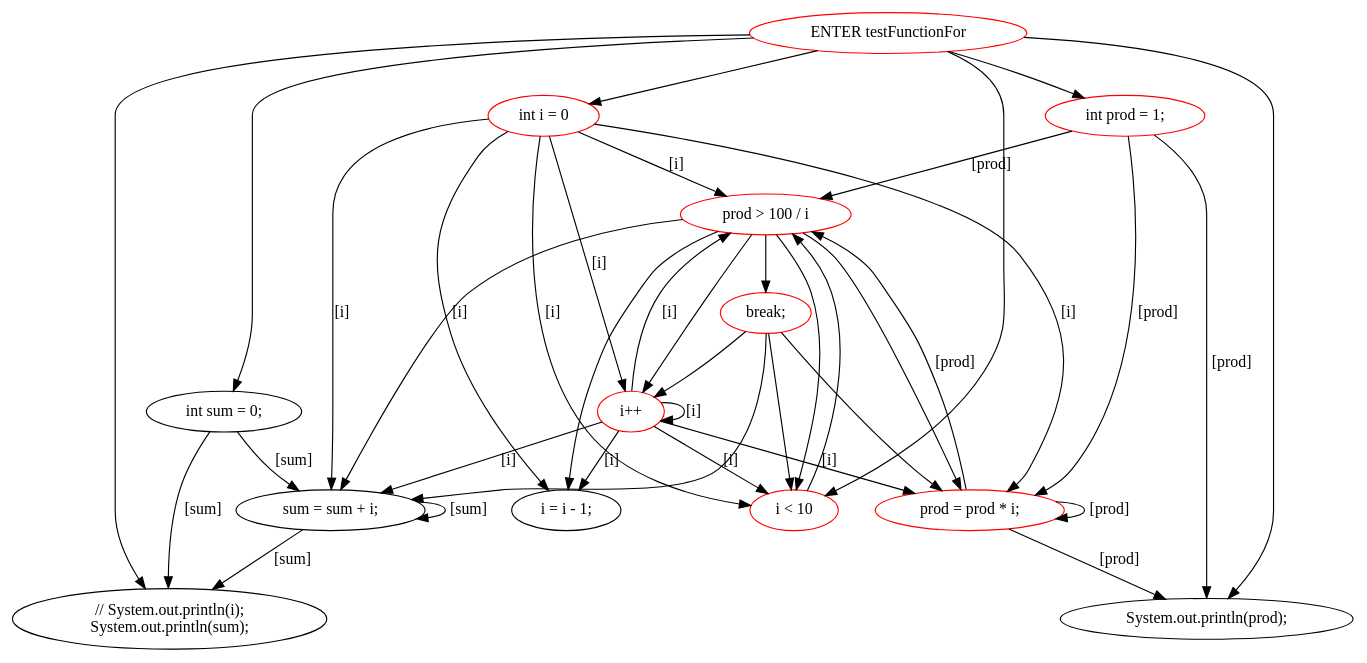
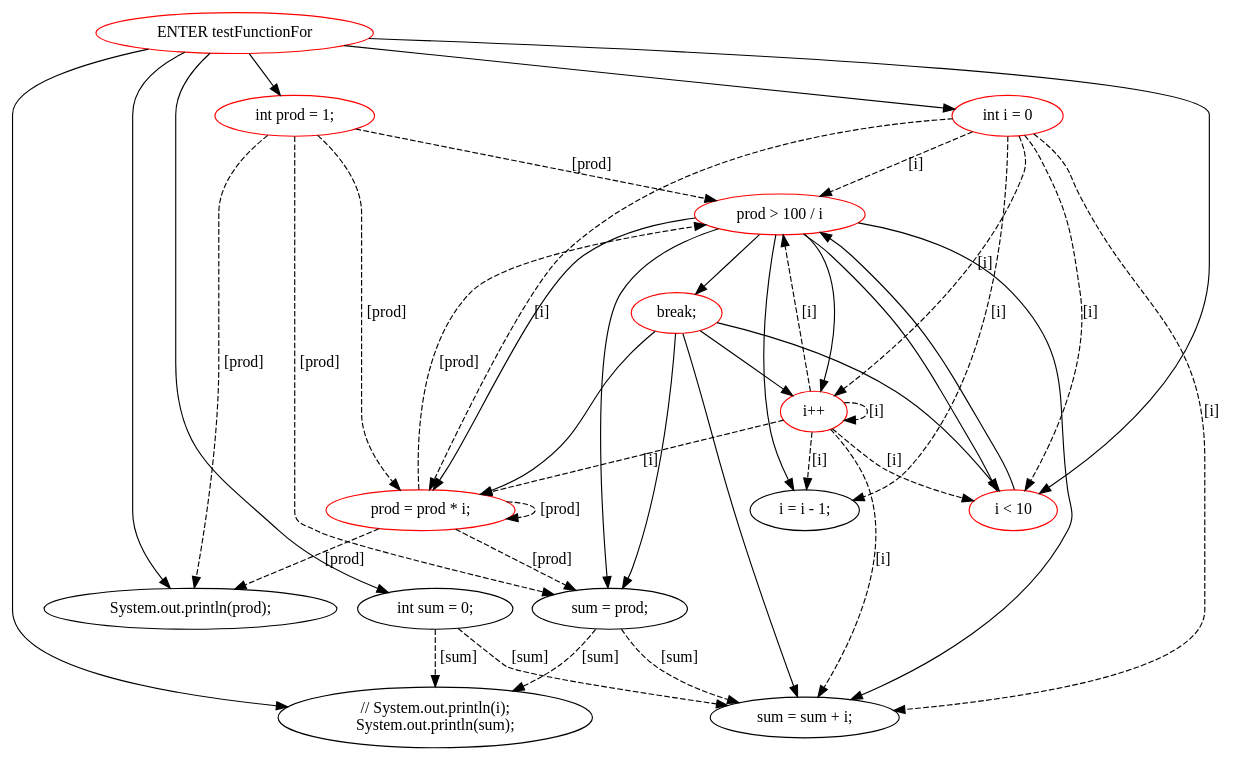
One commit to Surprise-Jing/Java-oriented-analysis-and-understanding-tools changed the diagram in staticSlicer/data/output/graph/PDG_Output6.dot. Above: the diagram before and after it, drawn with Graphviz. The commit also changed 12 other files, not shown here.

```diff
--- a/staticSlicer/data/output/graph/PDG_Output6.dot
+++ b/staticSlicer/data/output/graph/PDG_Output6.dot
@@ -1,55 +1,60 @@
 strict digraph G {
   0 [ color="red" label="ENTER testFunctionFor" ];
   2 [ label="int sum = 0;" ];
   3 [ color="red" label="int prod = 1;" ];
   4 [ color="red" label="int i = 0" ];
   5 [ color="red" label="i < 10" ];
   6 [ color="red" label="prod > 100 / i" ];
   7 [ label="i = i - 1;" ];
   8 [ color="red" label="break;" ];
   9 [ label="sum = sum + i;" ];
-  10 [ color="red" label="prod = prod * i;" ];
-  11 [ color="red" label="i++" ];
-  12 [ label="// System.out.println(i);
+  10 [ label="sum = prod;" ];
+  11 [ color="red" label="prod = prod * i;" ];
+  12 [ color="red" label="i++" ];
+  13 [ label="// System.out.println(i);
 System.out.println(sum);" ];
-  13 [ label="System.out.println(prod);" ];
+  14 [ label="System.out.println(prod);" ];
   0 -> 2 [ ];
   0 -> 3 [ ];
   0 -> 4 [ ];
   0 -> 5 [ ];
-  0 -> 12 [ ];
   0 -> 13 [ ];
+  0 -> 14 [ ];
   5 -> 6 [ ];
   6 -> 7 [ ];
   6 -> 8 [ ];
   8 -> 9 [ ];
   8 -> 10 [ ];
   8 -> 11 [ ];
+  8 -> 12 [ ];
   8 -> 5 [ ];
   6 -> 9 [ ];
   6 -> 10 [ ];
   6 -> 11 [ ];
+  6 -> 12 [ ];
   6 -> 5 [ ];
-  4 -> 5 [ label="[i]" ];
-  11 -> 5 [ label="[i]" ];
-  4 -> 6 [ label="[i]" ];
-  3 -> 6 [ label="[prod]" ];
-  11 -> 6 [ label="[i]" ];
-  10 -> 6 [ label="[prod]" ];
-  4 -> 7 [ label="[i]" ];
-  11 -> 7 [ label="[i]" ];
-  4 -> 9 [ label="[i]" ];
-  2 -> 9 [ label="[sum]" ];
-  11 -> 9 [ label="[i]" ];
-  9 -> 9 [ label="[sum]" ];
-  4 -> 10 [ label="[i]" ];
-  3 -> 10 [ label="[prod]" ];
-  11 -> 10 [ label="[i]" ];
-  10 -> 10 [ label="[prod]" ];
-  4 -> 11 [ label="[i]" ];
-  11 -> 11 [ label="[i]" ];
-  2 -> 12 [ label="[sum]" ];
-  9 -> 12 [ label="[sum]" ];
-  3 -> 13 [ label="[prod]" ];
-  10 -> 13 [ label="[prod]" ];
+  4 -> 5 [ style="dashed" label="[i]" ];
+  12 -> 5 [ style="dashed" label="[i]" ];
+  4 -> 6 [ style="dashed" label="[i]" ];
+  3 -> 6 [ style="dashed" label="[prod]" ];
+  12 -> 6 [ style="dashed" label="[i]" ];
+  11 -> 6 [ style="dashed" label="[prod]" ];
+  4 -> 7 [ style="dashed" label="[i]" ];
+  12 -> 7 [ style="dashed" label="[i]" ];
+  4 -> 9 [ style="dashed" label="[i]" ];
+  2 -> 9 [ style="dashed" label="[sum]" ];
+  12 -> 9 [ style="dashed" label="[i]" ];
+  10 -> 9 [ style="dashed" label="[sum]" ];
+  3 -> 10 [ style="dashed" label="[prod]" ];
+  11 -> 10 [ style="dashed" label="[prod]" ];
+  4 -> 11 [ style="dashed" label="[i]" ];
+  3 -> 11 [ style="dashed" label="[prod]" ];
+  12 -> 11 [ style="dashed" label="[i]" ];
+  11 -> 11 [ style="dashed" label="[prod]" ];
+  4 -> 12 [ style="dashed" label="[i]" ];
+  12 -> 12 [ style="dashed" label="[i]" ];
+  2 -> 13 [ style="dashed" label="[sum]" ];
+  10 -> 13 [ style="dashed" label="[sum]" ];
+  3 -> 14 [ style="dashed" label="[prod]" ];
+  11 -> 14 [ style="dashed" label="[prod]" ];
 }
```
